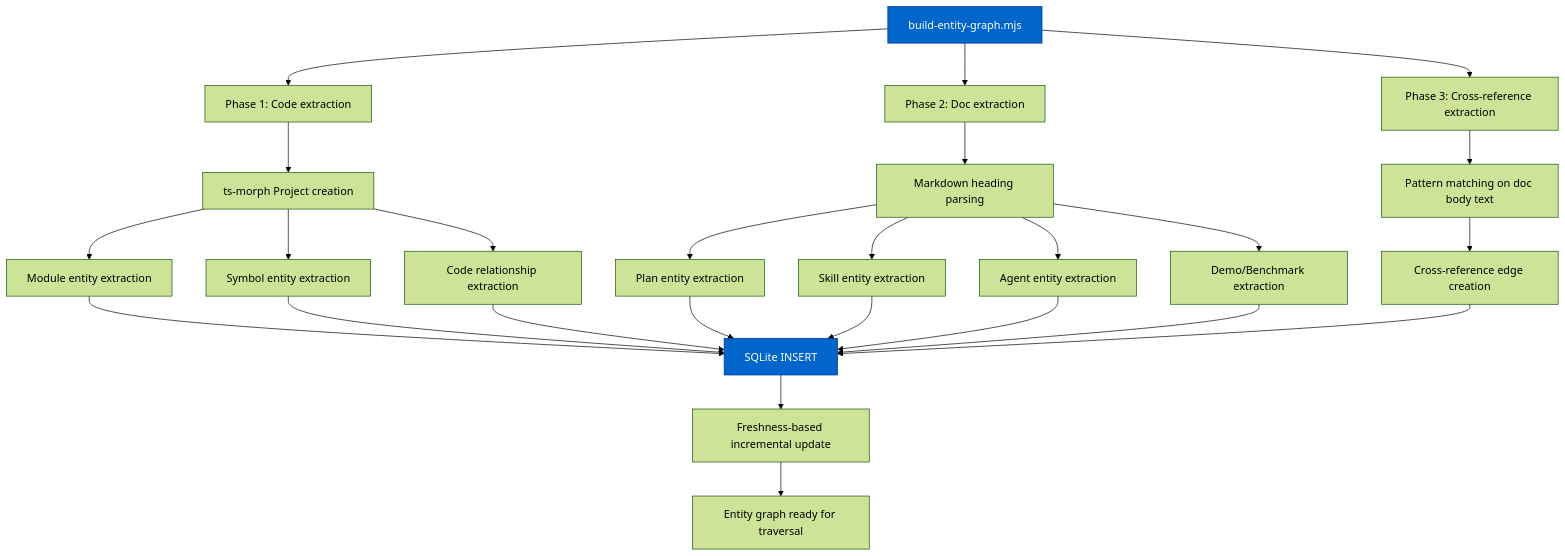
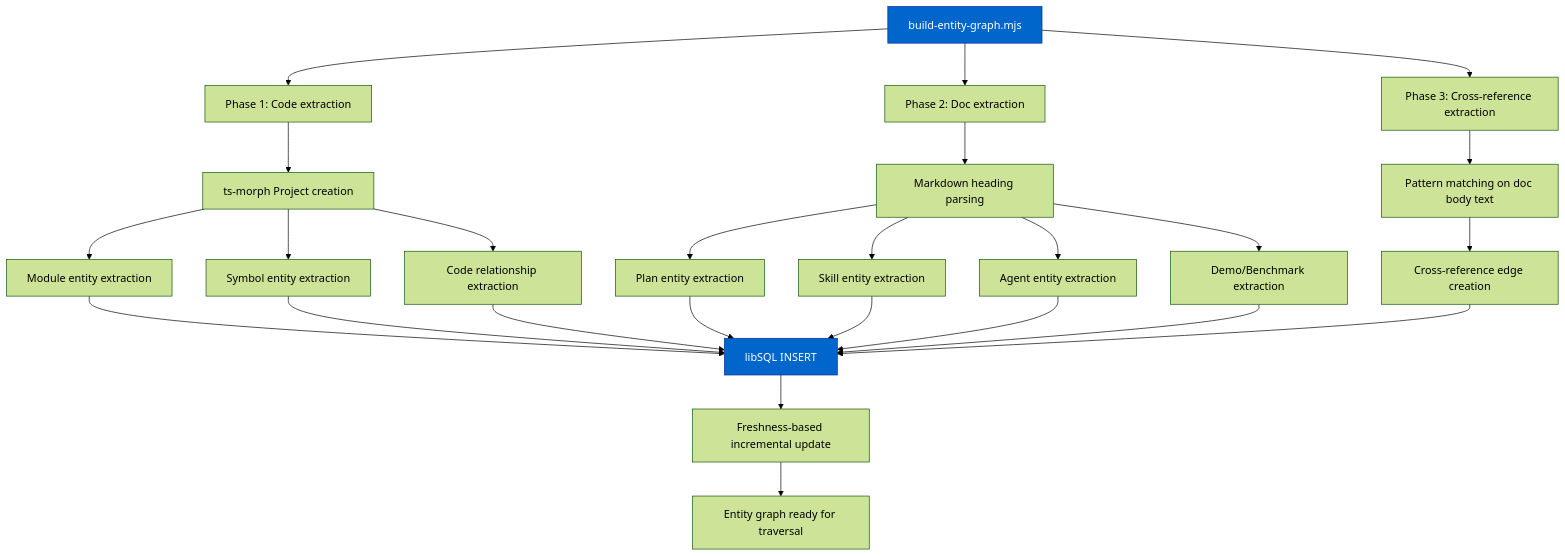
One commit to reicek/NeatapticTS changed the third of 4 diagrams in rag_architecture/cortex-entity-graph.md. Above: the diagram before and after it, drawn with Mermaid (forest theme). The commit also changed other lines of this file and 1216 other files, not shown here.

Commit message:
Repo cortex advanced rag architecture (#50)

````diff
--- a/rag_architecture/cortex-entity-graph.md
+++ b/rag_architecture/cortex-entity-graph.md
@@ -414,34 +416,34 @@
 ```mermaid
 flowchart TD
     A[build-entity-graph.mjs] --> B[Phase 1: Code extraction]
     A --> C[Phase 2: Doc extraction]
     A --> D[Phase 3: Cross-reference extraction]
 
     B --> B1[ts-morph Project creation]
     B1 --> B2[Module entity extraction]
     B1 --> B3[Symbol entity extraction]
     B1 --> B4[Code relationship extraction]
-    B2 --> E[SQLite INSERT]
+    B2 --> E[libSQL INSERT]
     B3 --> E
     B4 --> E
 
     C --> C1[Markdown heading parsing]
     C1 --> C2[Plan entity extraction]
     C1 --> C3[Skill entity extraction]
     C1 --> C4[Agent entity extraction]
     C1 --> C5[Demo/Benchmark extraction]
     C2 --> E
     C3 --> E
     C4 --> E
     C5 --> E
 
     D --> D1[Pattern matching on doc body text]
     D1 --> D2[Cross-reference edge creation]
     D2 --> E
 
     E --> F[Freshness-based incremental update]
     F --> G[Entity graph ready for traversal]
 
     style A fill:#0066cc,stroke:#003399,color:#fff
     style E fill:#0066cc,stroke:#003399,color:#fff
 ```
````
